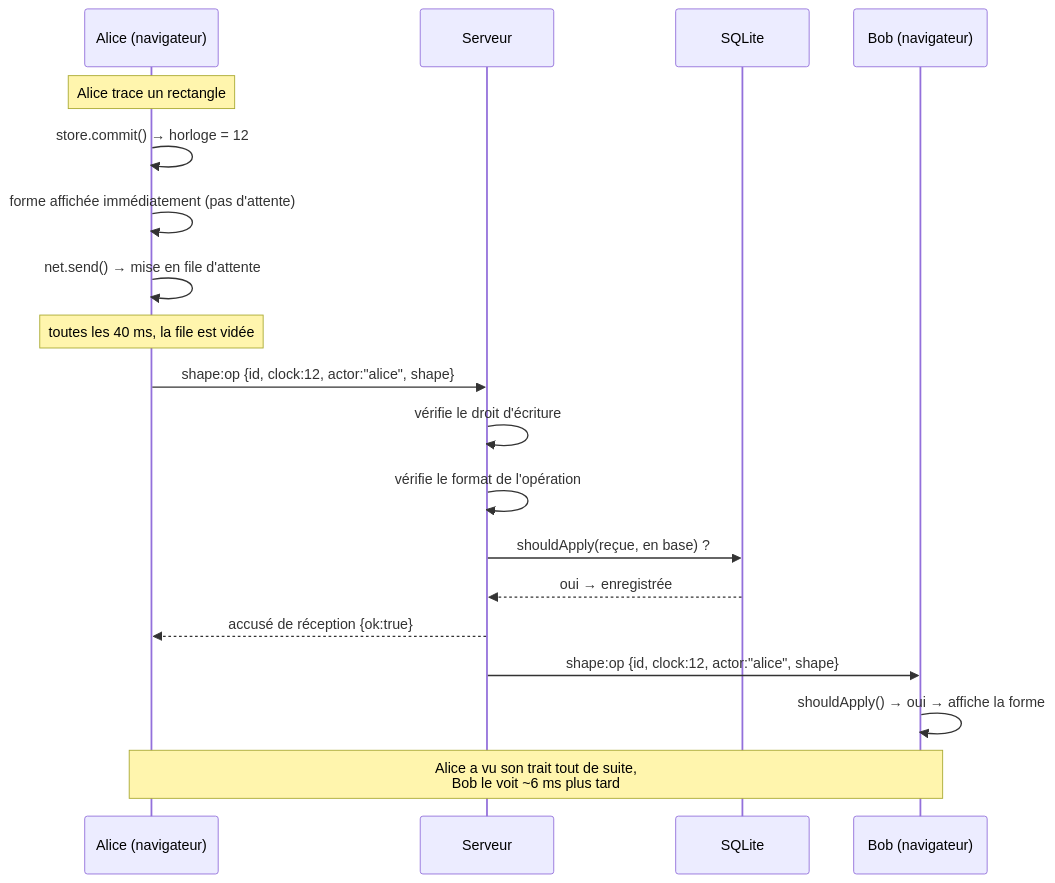
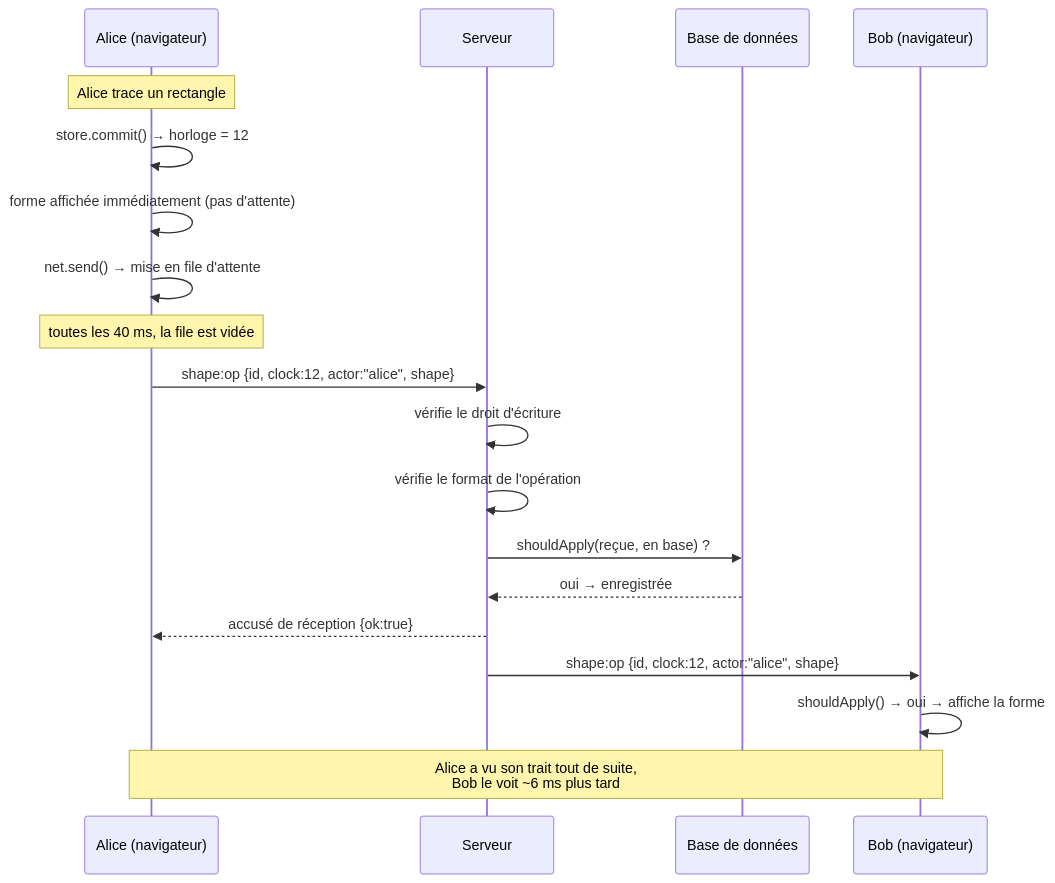
Before and after one commit to OmarRag/tableau-blanc-collaboratif: the first of 2 diagrams in README.md, drawn with Mermaid. The commit also changed other lines of this file and 19 other files, not shown here.

````diff
--- a/README.md
+++ b/README.md
@@ -119,26 +134,26 @@
 ```mermaid
 sequenceDiagram
     participant A as Alice (navigateur)
     participant S as Serveur
-    participant DB as SQLite
+    participant DB as Base de données
     participant B as Bob (navigateur)
 
     Note over A: Alice trace un rectangle
     A->>A: store.commit() → horloge = 12
     A->>A: forme affichée immédiatement (pas d'attente)
     A->>A: net.send() → mise en file d'attente
 
     Note over A: toutes les 40 ms, la file est vidée
     A->>S: shape:op {id, clock:12, actor:"alice", shape}
 
     S->>S: vérifie le droit d'écriture
     S->>S: vérifie le format de l'opération
     S->>DB: shouldApply(reçue, en base) ?
     DB-->>S: oui → enregistrée
 
     S-->>A: accusé de réception {ok:true}
     S->>B: shape:op {id, clock:12, actor:"alice", shape}
     B->>B: shouldApply() → oui → affiche la forme
 
     Note over A,B: Alice a vu son trait tout de suite,<br/>Bob le voit ~6 ms plus tard
 ```
````
